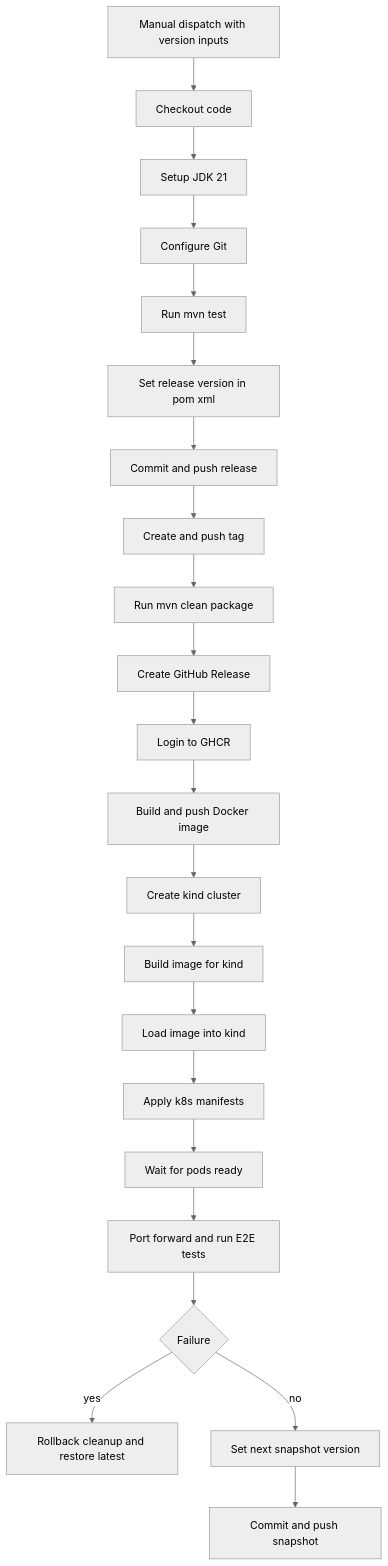
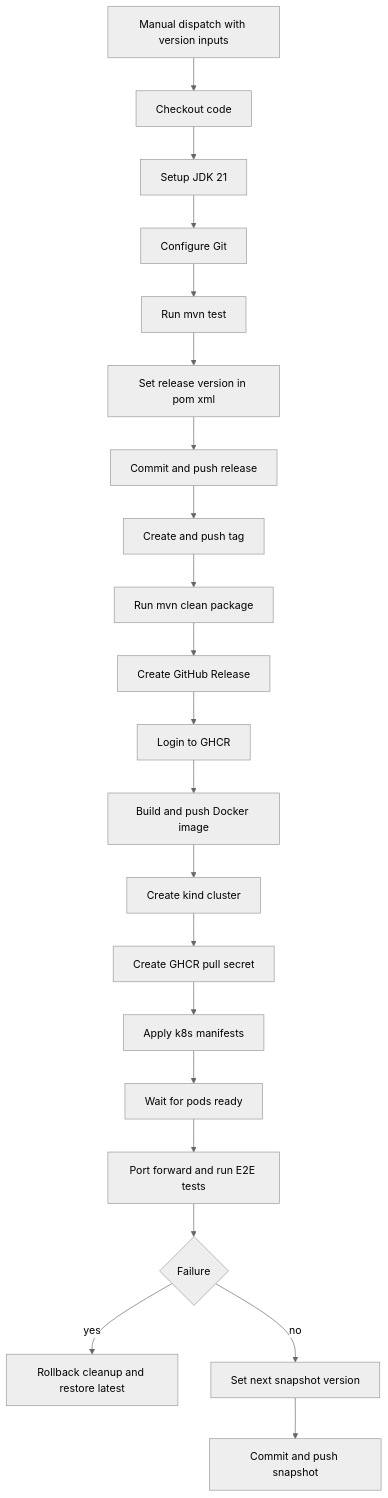
One commit to vinodjayachandran/mono-repo-learn changed the diagram in docs/release-maven-project-workflow.md. Above: the diagram before and after it, drawn with Mermaid (neutral theme). The commit also changed 2 other files, not shown here.

Commit message:
chore: Refactor release workflow to create GHCR pull secret and update Kubernetes manifests for improved deployment process

````diff
--- a/docs/release-maven-project-workflow.md
+++ b/docs/release-maven-project-workflow.md
@@ -3,24 +3,23 @@
 ```mermaid
 flowchart TD
   A[Manual dispatch with version inputs] --> B[Checkout code]
   B --> C[Setup JDK 21]
   C --> D[Configure Git]
   D --> E[Run mvn test]
   E --> F[Set release version in pom xml]
   F --> G[Commit and push release]
   G --> H[Create and push tag]
   H --> I[Run mvn clean package]
   I --> J[Create GitHub Release]
   J --> K[Login to GHCR]
   K --> L[Build and push Docker image]
   L --> M[Create kind cluster]
-  M --> N[Build image for kind]
-  N --> O[Load image into kind]
-  O --> P[Apply k8s manifests]
-  P --> Q[Wait for pods ready]
-  Q --> R[Port forward and run E2E tests]
-  R --> S{Failure}
-  S -- yes --> T[Rollback cleanup and restore latest]
-  S -- no --> U[Set next snapshot version]
-  U --> V[Commit and push snapshot]
+  M --> N[Create GHCR pull secret]
+  N --> O[Apply k8s manifests]
+  O --> P[Wait for pods ready]
+  P --> Q[Port forward and run E2E tests]
+  Q --> R{Failure}
+  R -- yes --> S[Rollback cleanup and restore latest]
+  R -- no --> T[Set next snapshot version]
+  T --> U[Commit and push snapshot]
 ```
````
